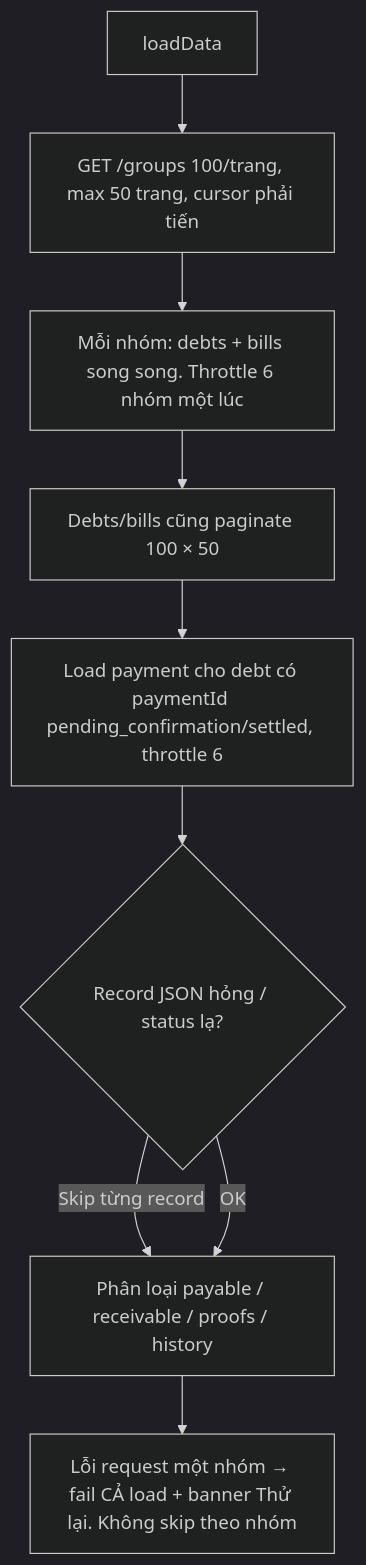
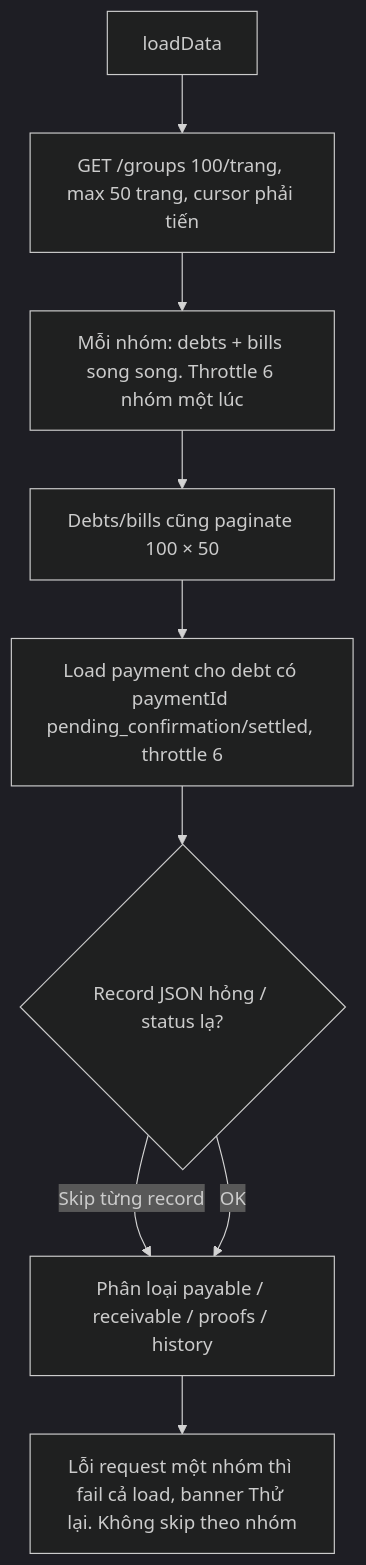
The eighth of 8 diagrams in flow/04-settlement.md (FintechVSF-Tranning/PaySplit-RP), drawn with Mermaid (dark theme) before and after one commit. The commit also changed other lines of this file and 7 other files, not shown here.

First line of the commit message:
Refactor notification flow and admin management documentation

````diff
--- a/flow/04-settlement.md
+++ b/flow/04-settlement.md
@@ -281,11 +345,11 @@
 ```mermaid
 flowchart TD
     A["loadData"] --> B["GET /groups 100/trang, max 50 trang, cursor phải tiến"]
     B --> C["Mỗi nhóm: debts + bills song song. Throttle 6 nhóm một lúc"]
     C --> D["Debts/bills cũng paginate 100 × 50"]
     D --> E["Load payment cho debt có paymentId pending_confirmation/settled, throttle 6"]
     E --> F{"Record JSON hỏng / status lạ?"}
     F -->|"Skip từng record"| G
     F -->|"OK"| G["Phân loại payable / receivable / proofs / history"]
-    G --> H["Lỗi request một nhóm → fail CẢ load + banner Thử lại. Không skip theo nhóm"]
+    G --> H["Lỗi request một nhóm thì fail cả load, banner Thử lại. Không skip theo nhóm"]
 ```
````
